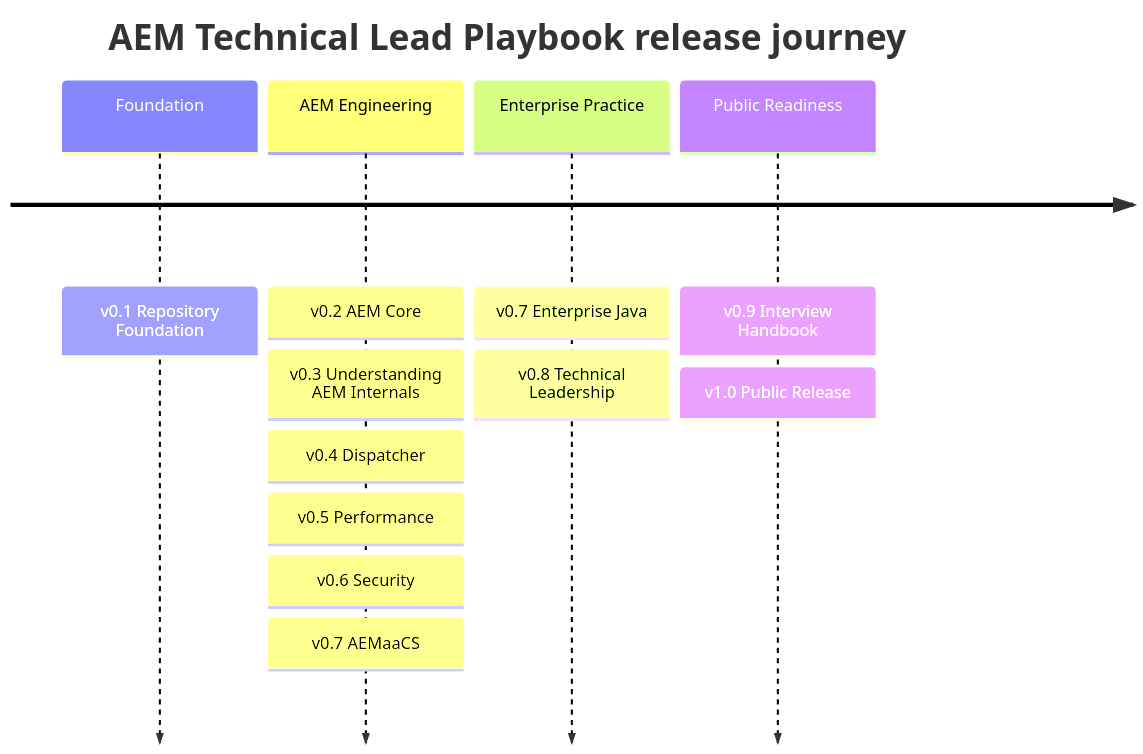
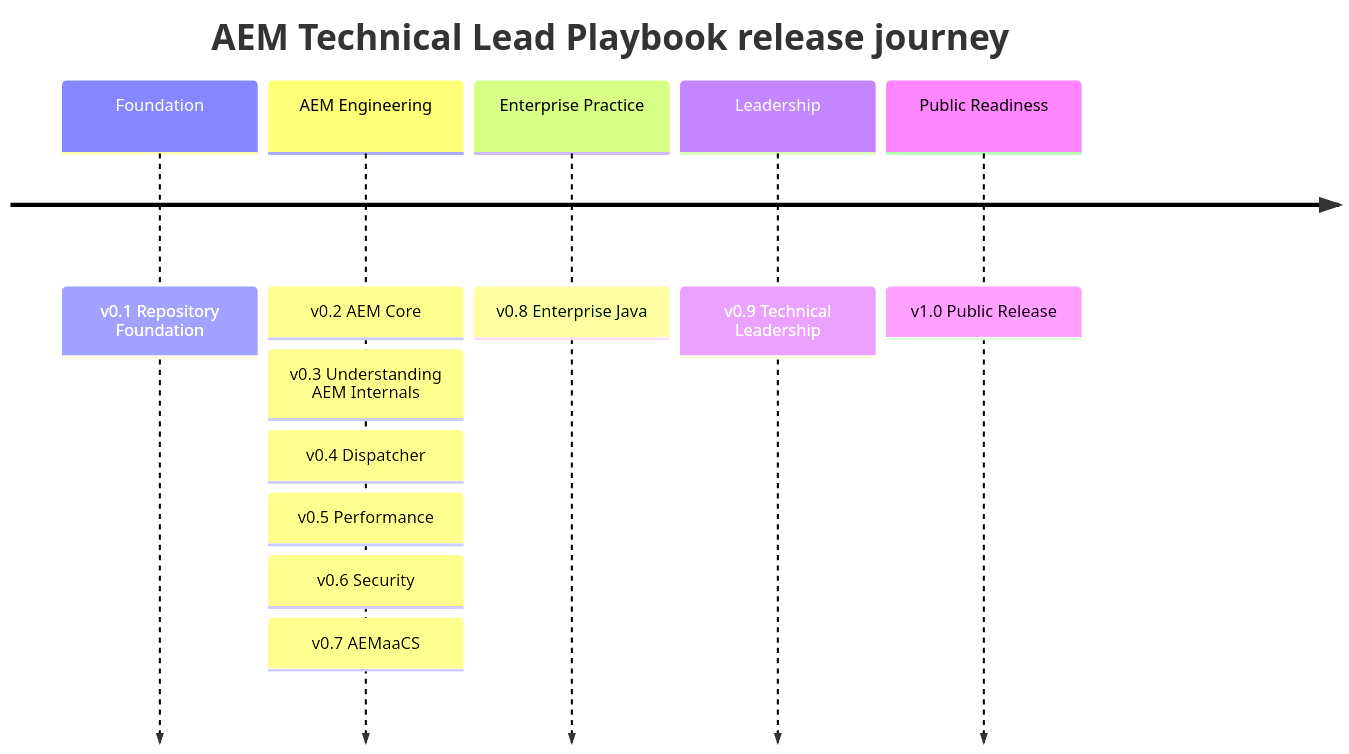
One commit to srma4tech/aem-technical-lead-playbook changed the first of 4 diagrams in ROADMAP.md. Above: the diagram before and after it, drawn with Mermaid. The commit also changed other lines of this file and 3 other files, not shown here.

````diff
--- a/ROADMAP.md
+++ b/ROADMAP.md
@@ -9,15 +9,14 @@
 ```mermaid
 timeline
     title AEM Technical Lead Playbook release journey
     Foundation : v0.1 Repository Foundation
     AEM Engineering : v0.2 AEM Core
                     : v0.3 Understanding AEM Internals
                     : v0.4 Dispatcher
                     : v0.5 Performance
                     : v0.6 Security
                     : v0.7 AEMaaCS
-    Enterprise Practice : v0.7 Enterprise Java
-                        : v0.8 Technical Leadership
-    Public Readiness : v0.9 Interview Handbook
-                     : v1.0 Public Release
+    Enterprise Practice : v0.8 Enterprise Java
+    Leadership : v0.9 Technical Leadership
+    Public Readiness : v1.0 Public Release
 ```
````
